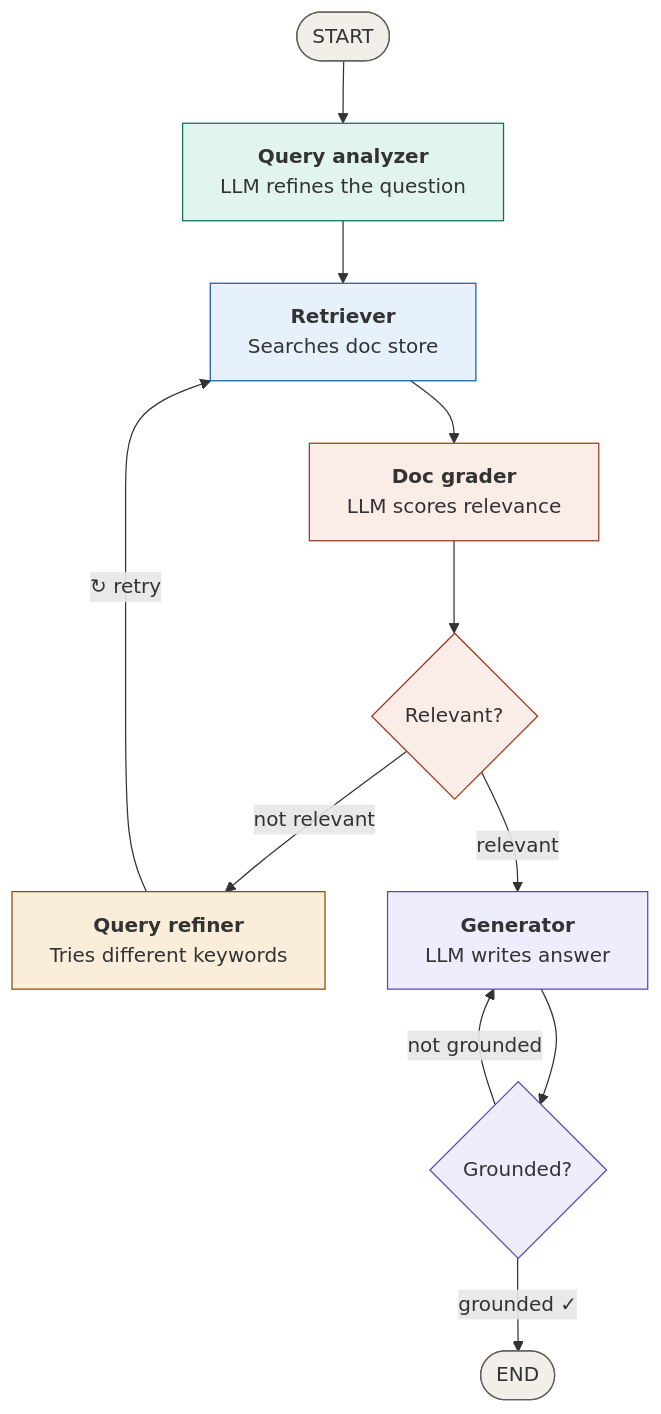
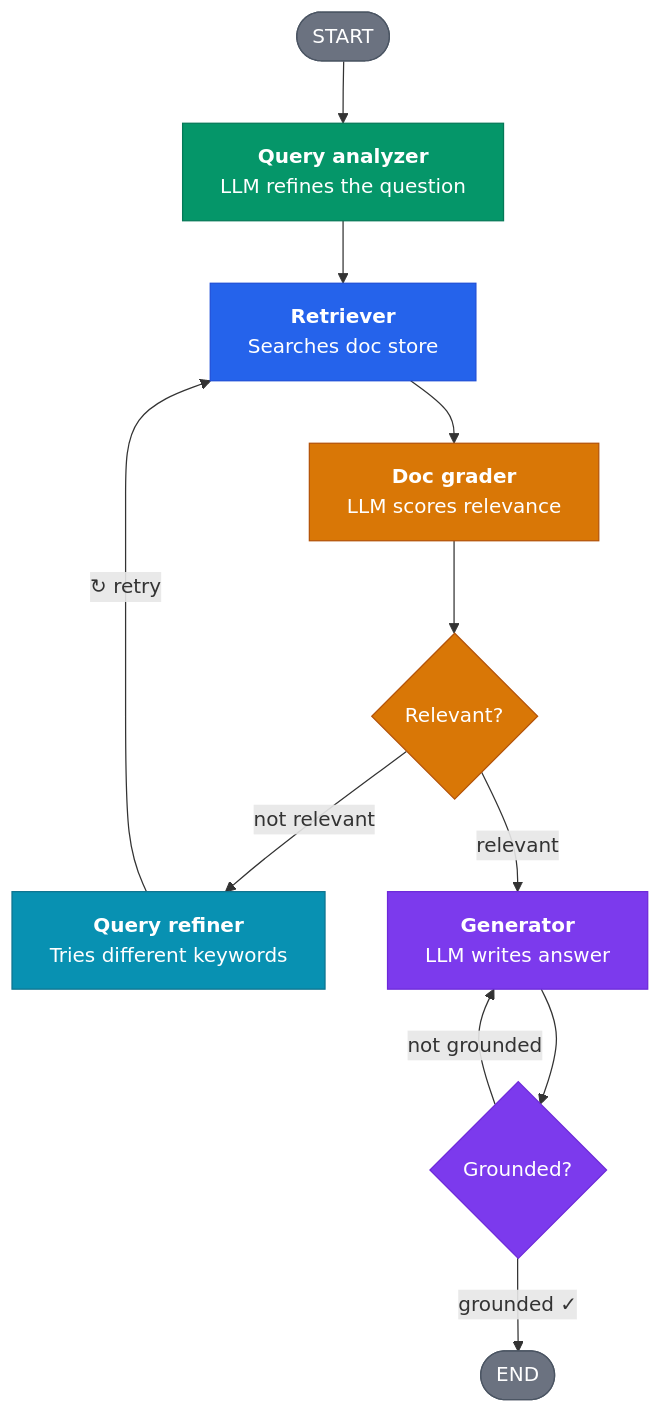
Before and after one commit to Kaden-G/LangGraph_3_Easy_Steps: the sixth of 6 diagrams in LangGraph_3_Easy_Steps.md, drawn with Mermaid. The commit also changed other lines of this file and 6 other files, not shown here.

````diff
--- a/LangGraph_3_Easy_Steps.md
+++ b/LangGraph_3_Easy_Steps.md
@@ -422,31 +422,31 @@
 ```mermaid
 flowchart TD
     START([START]) --> qa["`**Query analyzer**
     LLM refines the question`"]
     qa --> ret["`**Retriever**
     Searches doc store`"]
     ret --> dg["`**Doc grader**
     LLM scores relevance`"]
     dg --> gate1{Relevant?}
     
     gate1 -->|"not relevant"| refine["`**Query refiner**
     Tries different keywords`"]
     refine -->|"↻ retry"| ret
     
     gate1 -->|"relevant"| gen["`**Generator**
     LLM writes answer`"]
     gen --> gate2{Grounded?}
     
     gate2 -->|"not grounded"| gen
     gate2 -->|"grounded ✓"| END([END])
 
-    style START fill:#f1efe8,stroke:#5f5e5a
-    style END fill:#f1efe8,stroke:#5f5e5a
-    style qa fill:#e1f5ee,stroke:#0f6e56
-    style ret fill:#e6f1fb,stroke:#185fa5
-    style dg fill:#faece7,stroke:#993c1d
-    style gate1 fill:#faece7,stroke:#993c1d
-    style refine fill:#faeeda,stroke:#854f0b
-    style gen fill:#eeedfe,stroke:#534ab7
-    style gate2 fill:#eeedfe,stroke:#534ab7
+    style START fill:#6B7280,stroke:#4B5563,color:#FFFFFF
+    style END fill:#6B7280,stroke:#4B5563,color:#FFFFFF
+    style qa fill:#059669,stroke:#047857,color:#FFFFFF
+    style ret fill:#2563EB,stroke:#1D4ED8,color:#FFFFFF
+    style dg fill:#D97706,stroke:#B45309,color:#FFFFFF
+    style gate1 fill:#D97706,stroke:#B45309,color:#FFFFFF
+    style refine fill:#0891B2,stroke:#0E7490,color:#FFFFFF
+    style gen fill:#7C3AED,stroke:#6D28D9,color:#FFFFFF
+    style gate2 fill:#7C3AED,stroke:#6D28D9,color:#FFFFFF
 ```
````
